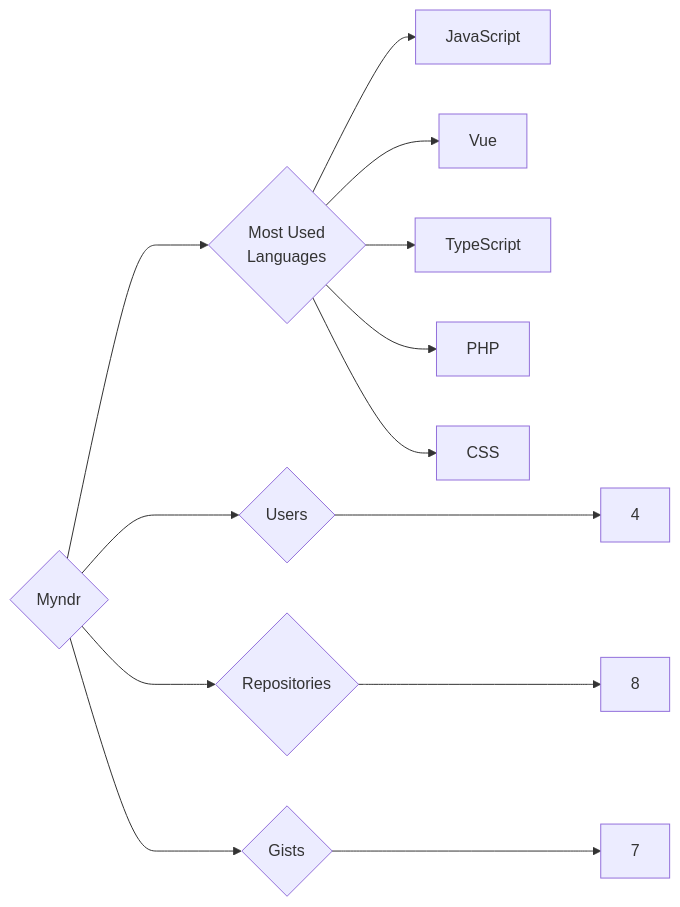
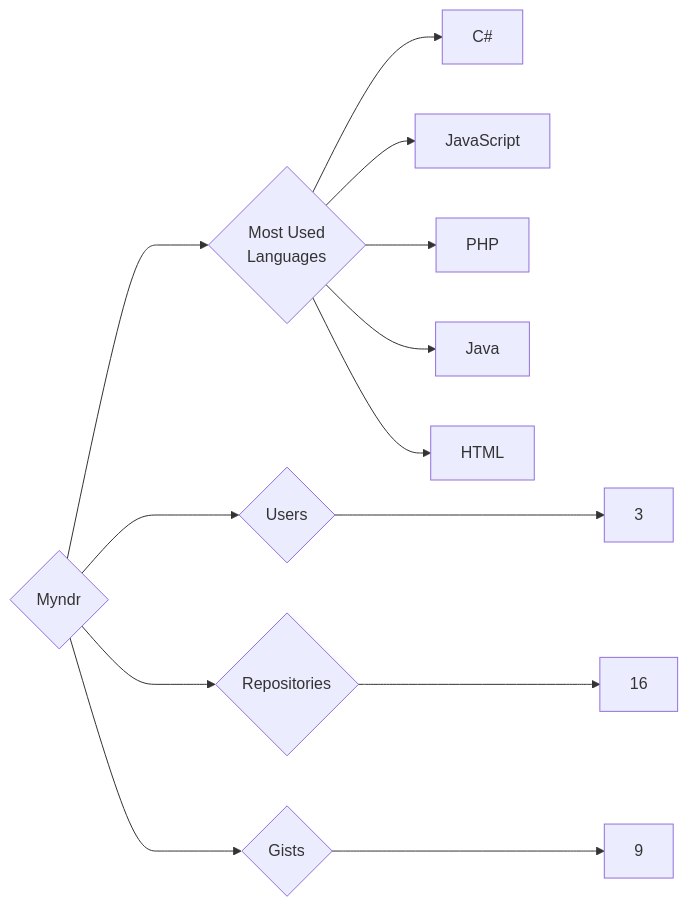
One commit to trickest/insiders changed the diagram in targets/Myndr/README.md. Above: the diagram before and after it, drawn with Mermaid. The commit also changed 1479 other files, not shown here.

````diff
--- a/targets/Myndr/README.md
+++ b/targets/Myndr/README.md
@@ -3,13 +3,13 @@
 ```mermaid
 graph LR
 COMPANY_NAME{Myndr}
-COMPANY_NAME ---> U{Users} ---> UN[4]
-COMPANY_NAME ---> R{Repositories} ---> RN[8]
-COMPANY_NAME ---> G{Gists} ---> GN[7]
+COMPANY_NAME ---> U{Users} ---> UN[3]
+COMPANY_NAME ---> R{Repositories} ---> RN[16]
+COMPANY_NAME ---> G{Gists} ---> GN[9]
 COMPANY_NAME ---> ML{Most Used<br>Languages}
+ML --> C#[C#]
 ML --> JavaScript[JavaScript]
-ML --> Vue[Vue]
-ML --> TypeScript[TypeScript]
 ML --> PHP[PHP]
-ML --> CSS[CSS]
+ML --> Java[Java]
+ML --> HTML[HTML]
 ```
````
